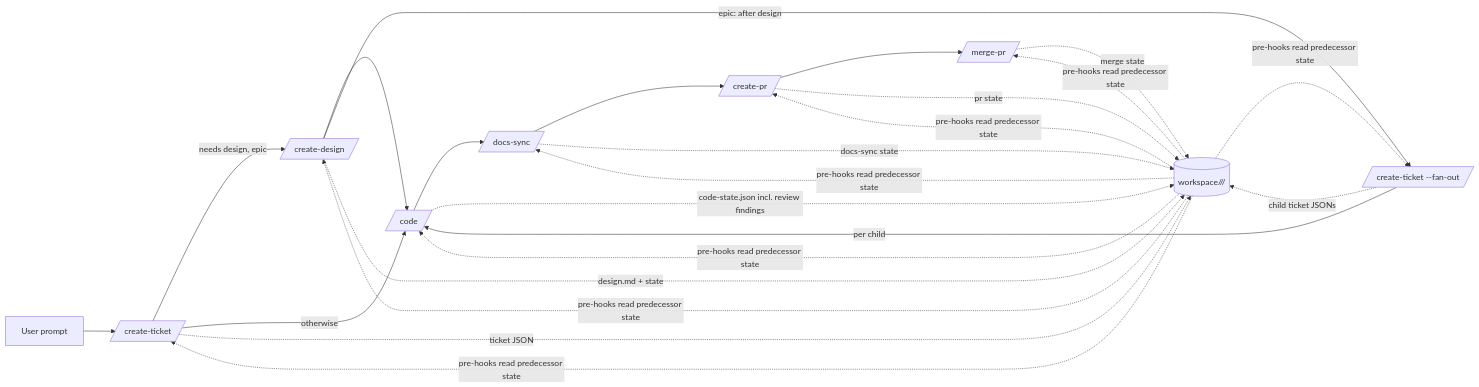
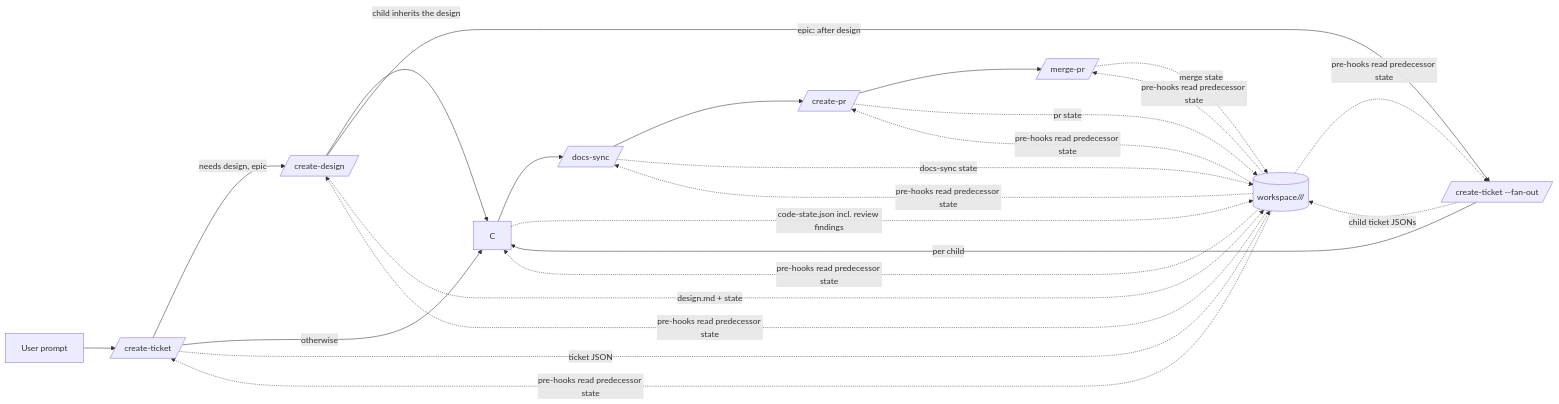
One commit to globalmindsolution/gms-marketplace changed the diagram in docs/requirements/functional/workflow.md. Above: the diagram before and after it, drawn with Mermaid. The commit also changed other lines of this file and 1 other file, not shown here.

Commit message:
MAR-78 fix epic-path flowchart edge and child-minting modes in workflow.md

````diff
--- a/docs/requirements/functional/workflow.md
+++ b/docs/requirements/functional/workflow.md
@@ -25,21 +25,21 @@
 ```mermaid
 flowchart LR
     U[User prompt] --> T[/create-ticket/]
     T -->|needs design, epic| D[/create-design/]
-    D --> C[/code/]
+    D -->|child inherits the design| C
     T -->|otherwise| C
     D -->|epic: after design| FO[/create-ticket --fan-out/]
     FO -->|per child| C
     C --> DS[/docs-sync/]
     DS --> P[/create-pr/]
     P --> M[/merge-pr/]
 
     T -. "ticket JSON" .-> W[(workspace/<repo>/<ticket-id>/)]
     D -. "design.md + state" .-> W
     FO -. "child ticket JSONs" .-> W
     C -. "code-state.json incl. review findings" .-> W
     DS -. "docs-sync state" .-> W
     P -. "pr state" .-> W
     M -. "merge state" .-> W
     W -. "pre-hooks read predecessor state" .-> T & D & FO & C & DS & P & M
 ```
````
